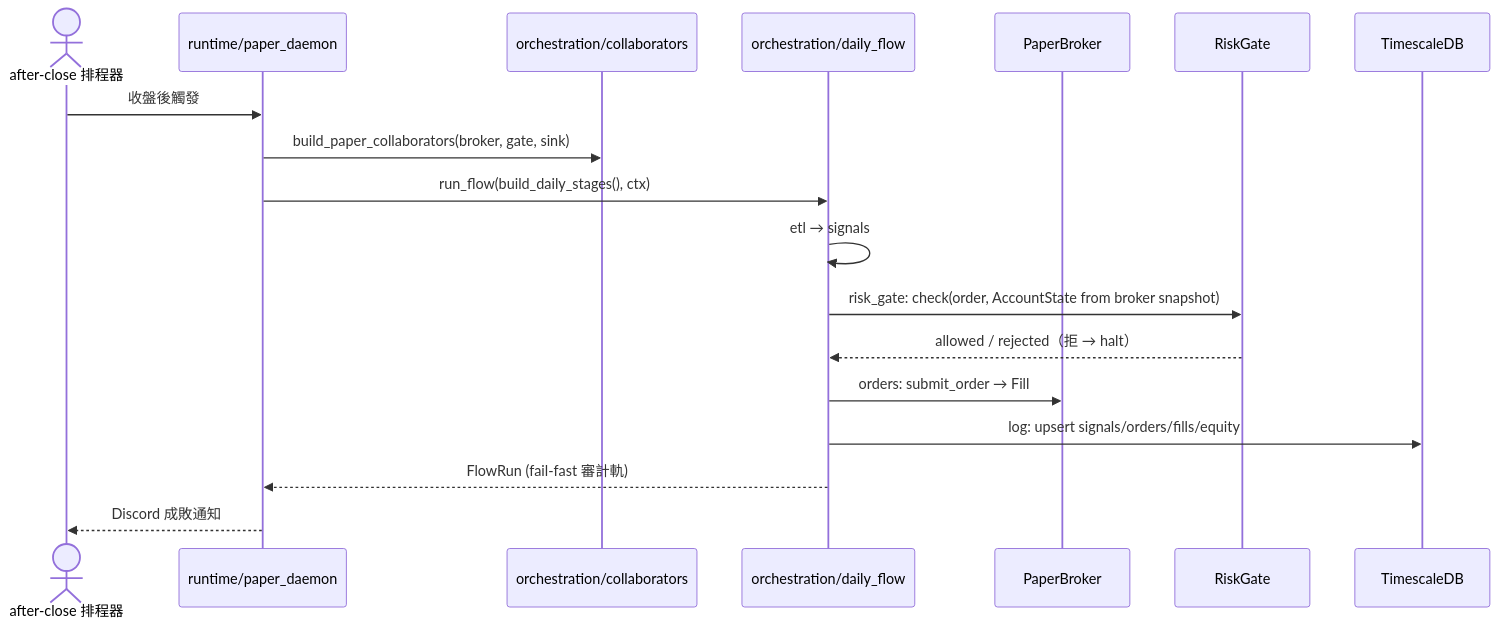
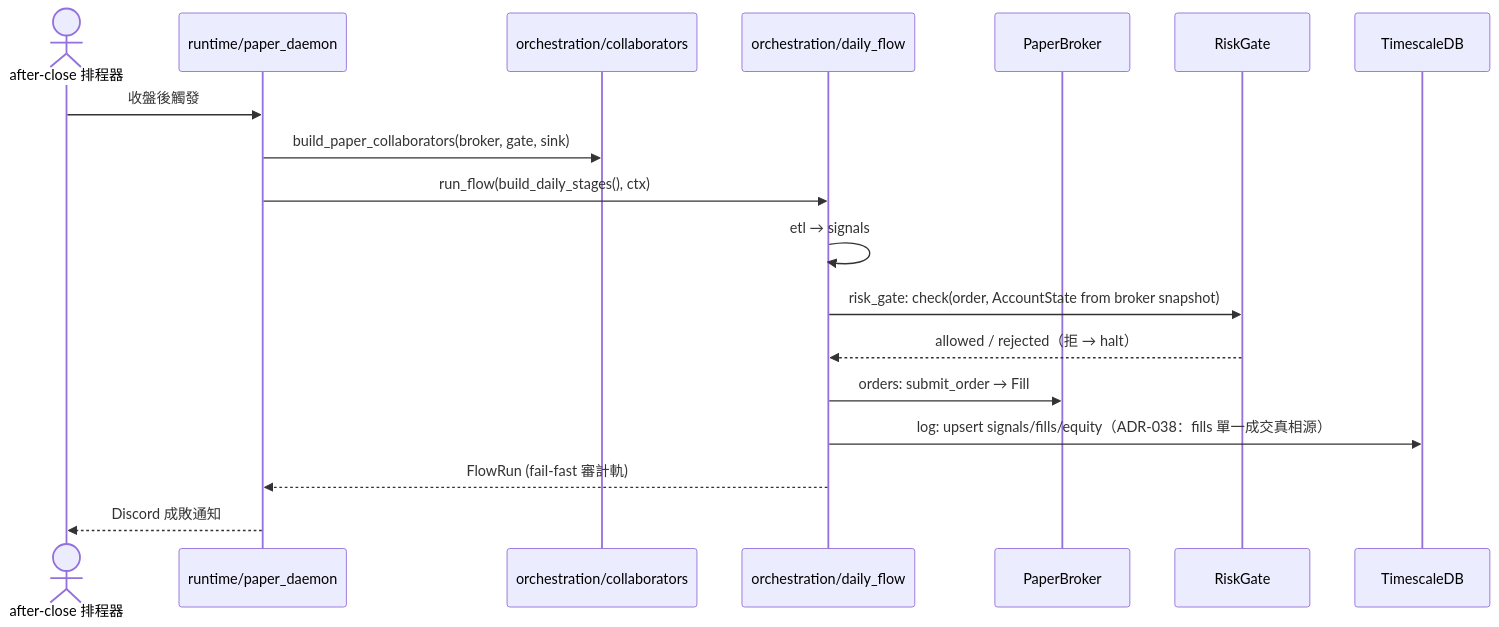
The seventh of 7 diagrams in dev_docs/05_architecture_and_design_document.md (Zenobia000/Quantitative_Trading), drawn with Mermaid before and after one commit. The commit also changed other lines of this file and 17 other files, not shown here.

````diff
--- a/dev_docs/05_architecture_and_design_document.md
+++ b/dev_docs/05_architecture_and_design_document.md
@@ -360,21 +360,21 @@
 ```mermaid
 sequenceDiagram
     actor Sched as after-close 排程器
     participant D as runtime/paper_daemon
     participant C as orchestration/collaborators
     participant F as orchestration/daily_flow
     participant B as PaperBroker
     participant R as RiskGate
     participant DB as TimescaleDB
 
     Sched->>D: 收盤後觸發
     D->>C: build_paper_collaborators(broker, gate, sink)
     D->>F: run_flow(build_daily_stages(), ctx)
     F->>F: etl → signals
     F->>R: risk_gate: check(order, AccountState from broker snapshot)
     R-->>F: allowed / rejected（拒 → halt）
     F->>B: orders: submit_order → Fill
-    F->>DB: log: upsert signals/orders/fills/equity
+    F->>DB: log: upsert signals/fills/equity（ADR-038：fills 單一成交真相源）
     F-->>D: FlowRun (fail-fast 審計軌)
     D-->>Sched: Discord 成敗通知
 ```
````
